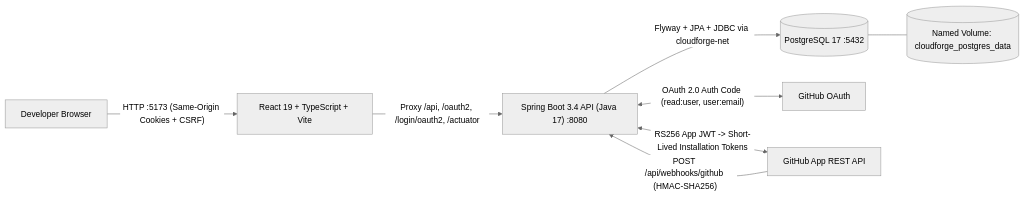
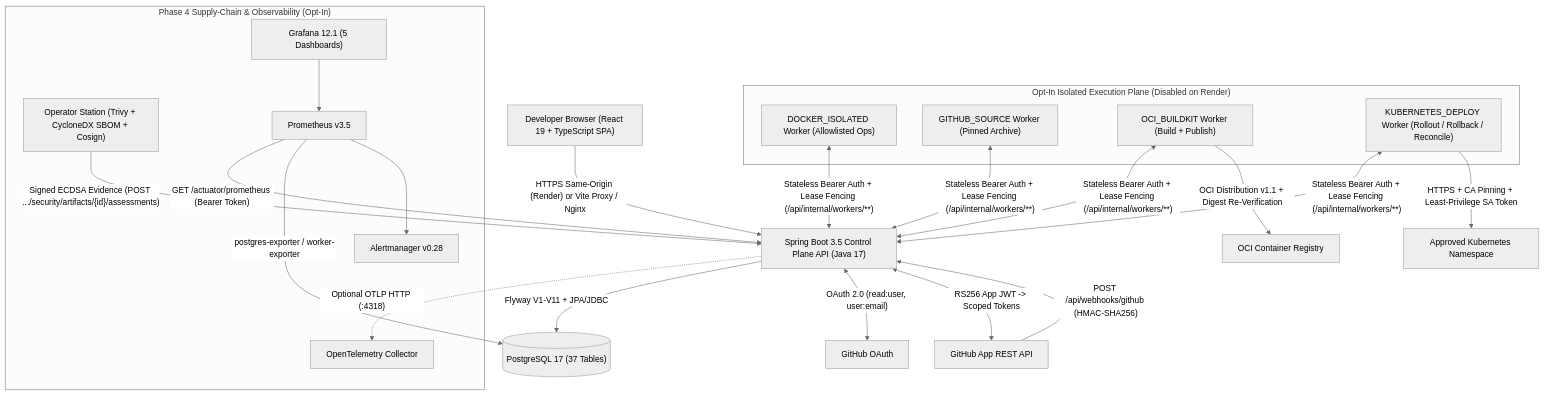
One commit to Itzx-kush/CloudForge changed the diagram in docs/ARCHITECTURE.md. Above: the diagram before and after it, drawn with Mermaid (neutral theme). The commit also changed other lines of this file and 13 other files, not shown here.

Commit message:
docs(final): finalize platform documentation, audit, security, Render release and capstone reports

````diff
--- a/docs/ARCHITECTURE.md
+++ b/docs/ARCHITECTURE.md
@@ -21,10 +19,35 @@
 ```mermaid
-flowchart LR
-    User["Developer Browser"] -->|"HTTP :5173 (Same-Origin Cookies + CSRF)"| Vite["React 19 + TypeScript + Vite"]
-    Vite -->|"Proxy /api, /oauth2, /login/oauth2, /actuator"| Backend["Spring Boot 3.4 API (Java 17) :8080"]
-    Backend -->|"Flyway + JPA + JDBC via cloudforge-net"| Postgres[("PostgreSQL 17 :5432")]
-    Postgres --- Volume[("Named Volume: cloudforge_postgres_data")]
-    Backend <-->|"OAuth 2.0 Auth Code (read:user, user:email)"| GHOAuth["GitHub OAuth"]
-    Backend <-->|"RS256 App JWT -> Short-Lived Installation Tokens"| GHApp["GitHub App REST API"]
-    GHApp -->|"POST /api/webhooks/github (HMAC-SHA256)"| Backend
+flowchart TB
+    Browser["Developer Browser (React 19 + TypeScript SPA)"]
+    Browser -->|"HTTPS Same-Origin (Render) or Vite Proxy / Nginx"| API["Spring Boot 3.5 Control Plane API (Java 17)"]
+    API -->|"Flyway V1-V11 + JPA/JDBC"| PG[("PostgreSQL 17 (37 Tables)")]
+    API <-->|"OAuth 2.0 (read:user, user:email)"| GHOAuth["GitHub OAuth"]
+    API <-->|"RS256 App JWT -> Scoped Tokens"| GHApp["GitHub App REST API"]
+    GHApp -->|"POST /api/webhooks/github (HMAC-SHA256)"| API
+
+    subgraph ExecutionPlane["Opt-In Isolated Execution Plane (Disabled on Render)"]
+        W1["DOCKER_ISOLATED Worker (Allowlisted Ops)"]
+        W2["GITHUB_SOURCE Worker (Pinned Archive)"]
+        W3["OCI_BUILDKIT Worker (Build + Publish)"]
+        W4["KUBERNETES_DEPLOY Worker (Rollout / Rollback / Reconcile)"]
+    end
+
+    W1 & W2 & W3 & W4 <-->|"Stateless Bearer Auth + Lease Fencing (/api/internal/workers/**)"| API
+    W3 -->|"OCI Distribution v1.1 + Digest Re-Verification"| Reg["OCI Container Registry"]
+    W4 -->|"HTTPS + CA Pinning + Least-Privilege SA Token"| K8s["Approved Kubernetes Namespace"]
+
+    subgraph DevSecOps["Phase 4 Supply-Chain & Observability (Opt-In)"]
+        Op["Operator Station (Trivy + CycloneDX SBOM + Cosign)"]
+        Prom["Prometheus v3.5"]
+        AM["Alertmanager v0.28"]
+        Graf["Grafana 12.1 (5 Dashboards)"]
+        OTel["OpenTelemetry Collector"]
+    end
+
+    Op -->|"Signed ECDSA Evidence (POST .../security/artifacts/{id}/assessments)"| API
+    Prom -->|"GET /actuator/prometheus (Bearer Token)"| API
+    Prom -->|"postgres-exporter / worker-exporter"| PG
+    Prom --> AM
+    Graf --> Prom
+    API -.->|"Optional OTLP HTTP (:4318)"| OTel
 ```
````
